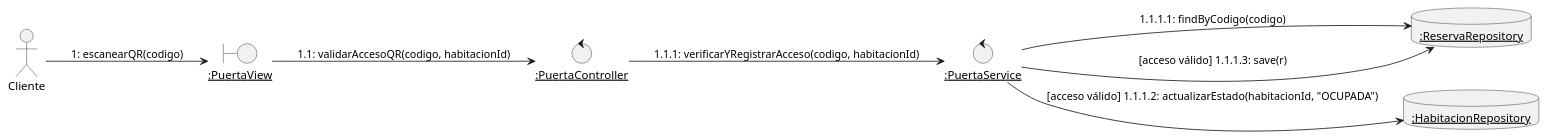
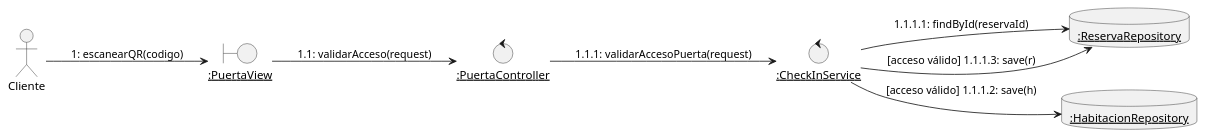
One commit to Tsmrain/GestionSistemas changed diagram 24 of 36 in RefactorV4.md. Above: the diagram before and after it, drawn with PlantUML. The commit also changed other lines of this file and 1 other file, not shown here.

Commit message:
feat: add ventas_insumos table and refactor PuertaController to CheckInService

````diff
--- a/RefactorV4.md
+++ b/RefactorV4.md
@@ -1369,18 +1364,18 @@
 ```plantuml
 @startuml
 left to right direction
 actor Cliente
 boundary "<u>:PuertaView</u>" as View
 control "<u>:PuertaController</u>" as Ctrl
-control "<u>:PuertaService</u>" as Serv
+control "<u>:CheckInService</u>" as Serv
 database "<u>:ReservaRepository</u>" as ResRepo
 database "<u>:HabitacionRepository</u>" as HabRepo
 
 Cliente --> View : 1: escanearQR(codigo)
-View --> Ctrl : 1.1: validarAccesoQR(codigo, habitacionId)
-Ctrl --> Serv : 1.1.1: verificarYRegistrarAcceso(codigo, habitacionId)
-Serv --> ResRepo : 1.1.1.1: findByCodigo(codigo)
-Serv --> HabRepo : [acceso válido] 1.1.1.2: actualizarEstado(habitacionId, "OCUPADA")
+View --> Ctrl : 1.1: validarAcceso(request)
+Ctrl --> Serv : 1.1.1: validarAccesoPuerta(request)
+Serv --> ResRepo : 1.1.1.1: findById(reservaId)
+Serv --> HabRepo : [acceso válido] 1.1.1.2: save(h)
 Serv --> ResRepo : [acceso válido] 1.1.1.3: save(r)
 @enduml
 ```
````
